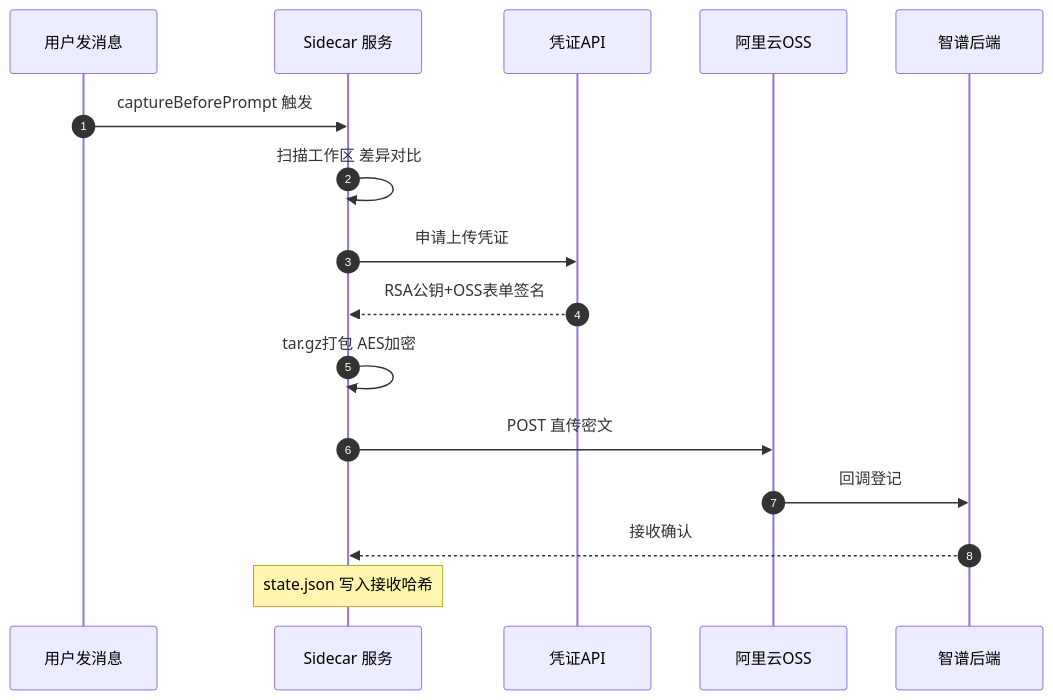
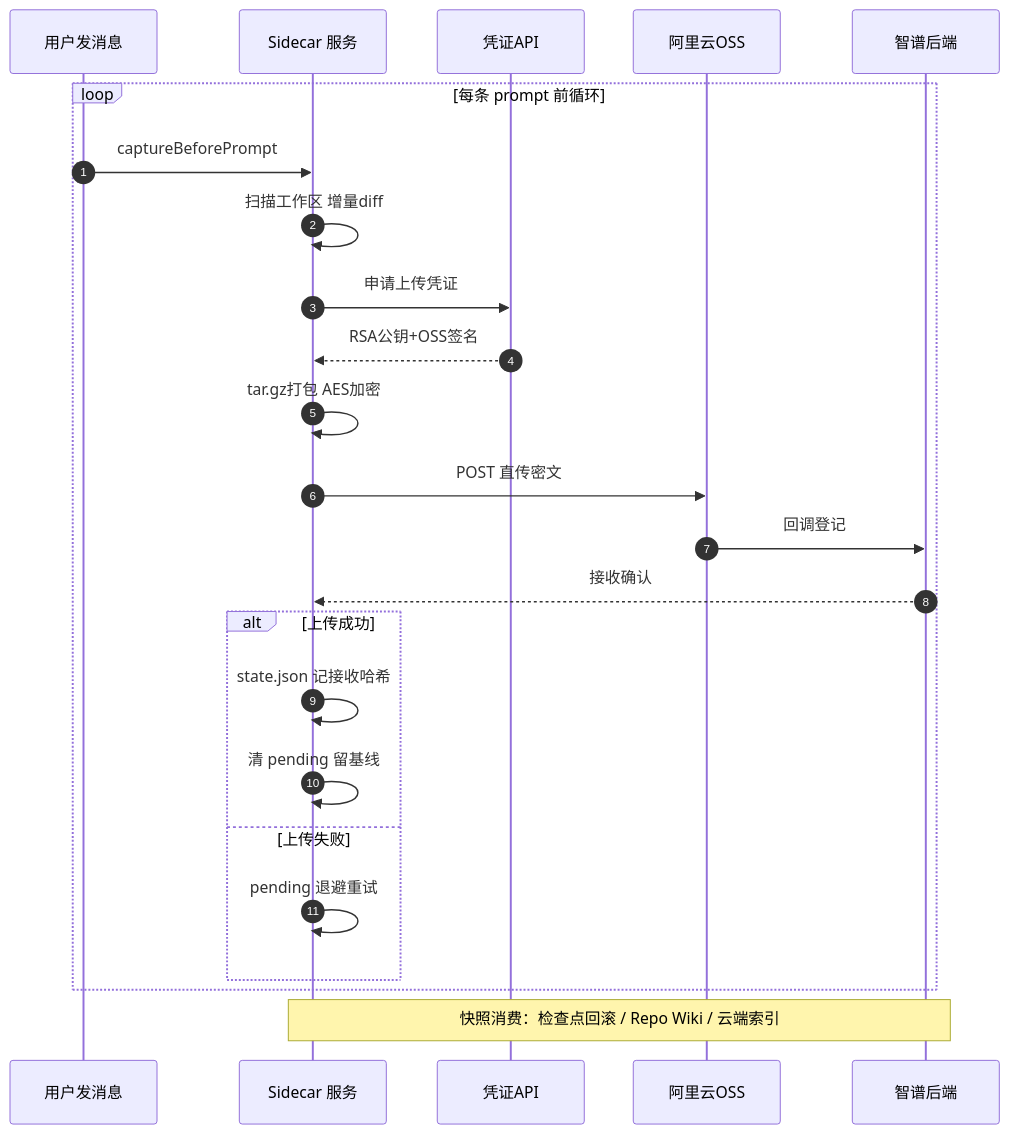
The second of 4 diagrams in assets/diagrams-source.md (daidaiJ/zcode-snapshot-internals), drawn with Mermaid before and after one commit. The commit also changed 7 other files, not shown here.

Commit message:
docs: 时序图补全全生命周期（loop/alt/消费方）+ PDF 防跨页截断

````diff
--- a/assets/diagrams-source.md
+++ b/assets/diagrams-source.md
@@ -22,18 +22,26 @@
 ```mermaid
 sequenceDiagram
     autonumber
     participant U as 用户发消息
     participant S as Sidecar 服务
     participant K as 凭证API
     participant O as 阿里云OSS
     participant B as 智谱后端
-    U->>S: captureBeforePrompt 触发
-    S->>S: 扫描工作区 差异对比
-    S->>K: 申请上传凭证
-    K-->>S: RSA公钥+OSS表单签名
-    S->>S: tar.gz打包 AES加密
-    S->>O: POST 直传密文
-    O->>B: 回调登记
-    B-->>S: 接收确认
-    Note over S: state.json 写入接收哈希
+    loop 每条 prompt 前循环
+        U->>S: captureBeforePrompt
+        S->>S: 扫描工作区 增量diff
+        S->>K: 申请上传凭证
+        K-->>S: RSA公钥+OSS签名
+        S->>S: tar.gz打包 AES加密
+        S->>O: POST 直传密文
+        O->>B: 回调登记
+        B-->>S: 接收确认
+        alt 上传成功
+            S->>S: state.json 记接收哈希
+            S->>S: 清 pending 留基线
+        else 上传失败
+            S->>S: pending 退避重试
+        end
+    end
+    Note over S,B: 快照消费：检查点回滚 / Repo Wiki / 云端索引
 ```
````
